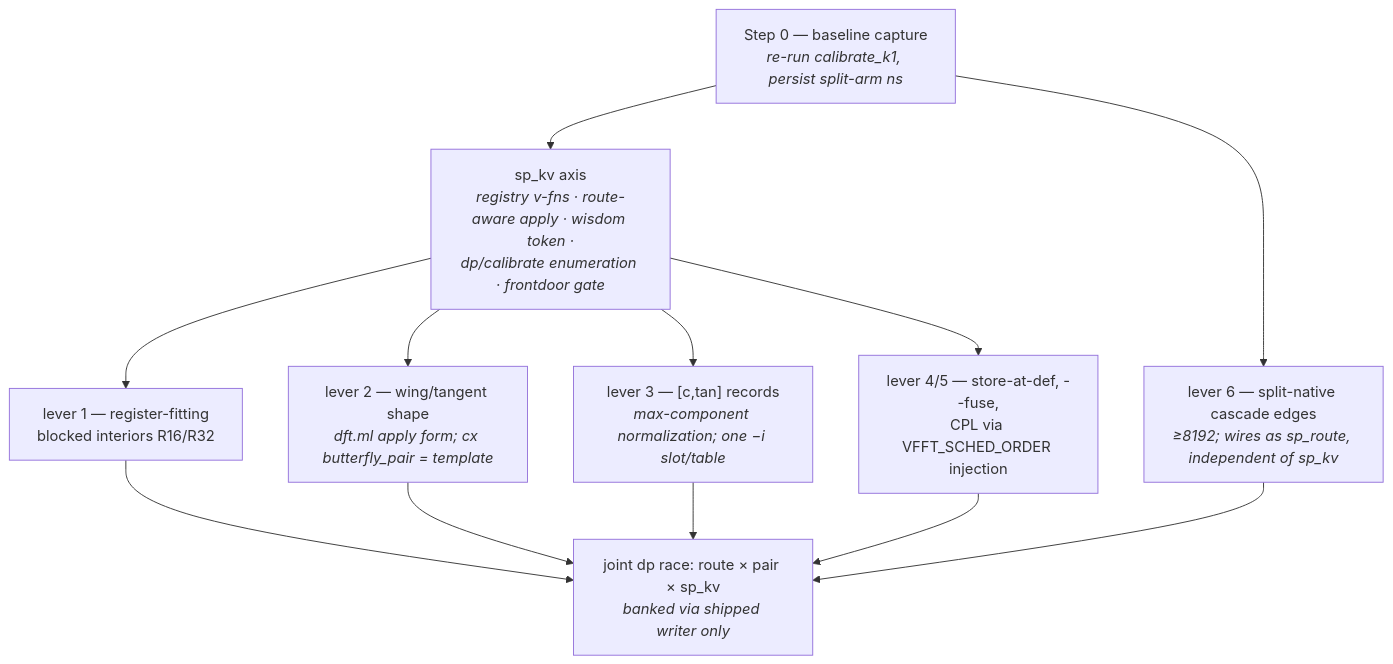
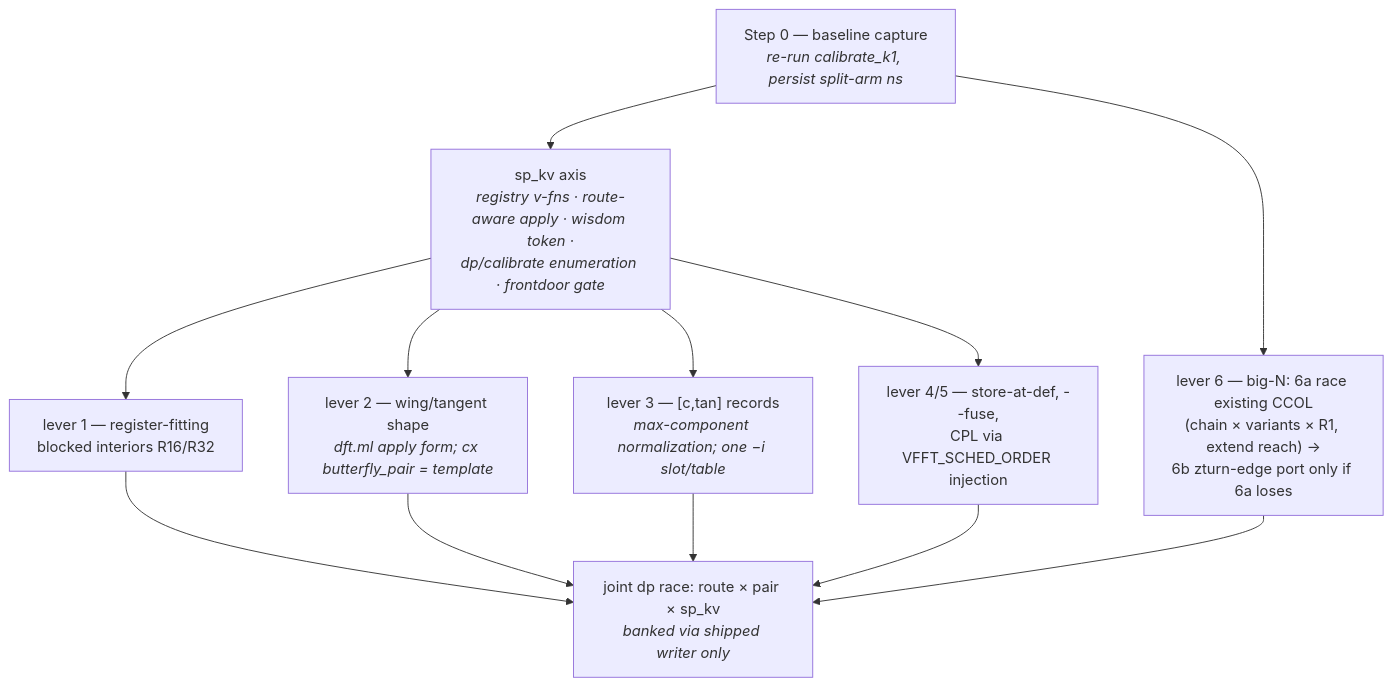
One commit to Tugbars/VectorFFT changed the first of 2 diagrams in docs/roadmap/split_bailey_parity_plan.md. Above: the diagram before and after it, drawn with Mermaid. The commit also changed other lines of this file and 2 other files, not shown here.

First line of the commit message:
Promote split wisdom + expand §5a/§7 roadmap

````diff
--- a/docs/roadmap/split_bailey_parity_plan.md
+++ b/docs/roadmap/split_bailey_parity_plan.md
@@ -111,17 +116,17 @@
 ```mermaid
 flowchart TB
     S0["Step 0 — baseline capture<br/><i>re-run calibrate_k1, persist split-arm ns</i>"]
     S1["sp_kv axis<br/><i>registry v-fns · route-aware apply · wisdom token ·<br/>dp/calibrate enumeration · frontdoor gate</i>"]
     S2["lever 1 — register-fitting<br/>blocked interiors R16/R32"]
     S3["lever 2 — wing/tangent shape<br/><i>dft.ml apply form; cx butterfly_pair = template</i>"]
     S4["lever 3 — [c,tan] records<br/><i>max-component normalization; one −i slot/table</i>"]
     S5["lever 4/5 — store-at-def, --fuse,<br/>CPL via VFFT_SCHED_ORDER injection"]
-    S6["lever 6 — split-native cascade edges<br/><i>≥8192; wires as sp_route, independent of sp_kv</i>"]
+    S6["lever 6 — big-N: 6a race existing CCOL<br/>(chain × variants × R1, extend reach) →<br/>6b zturn-edge port only if 6a loses"]
     RACE["joint dp race: route × pair × sp_kv<br/><i>banked via shipped writer only</i>"]
     S0 --> S1
     S1 --> S2 --> RACE
     S1 --> S3 --> RACE
     S1 --> S4 --> RACE
     S1 --> S5 --> RACE
     S0 --> S6 --> RACE
 ```
````
